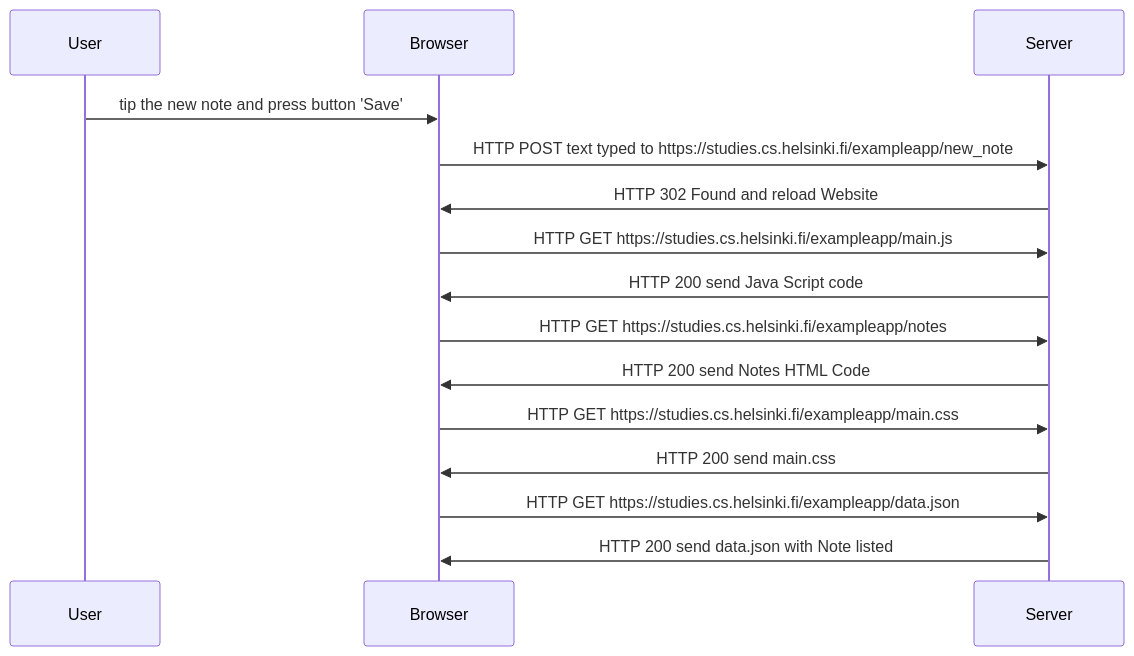
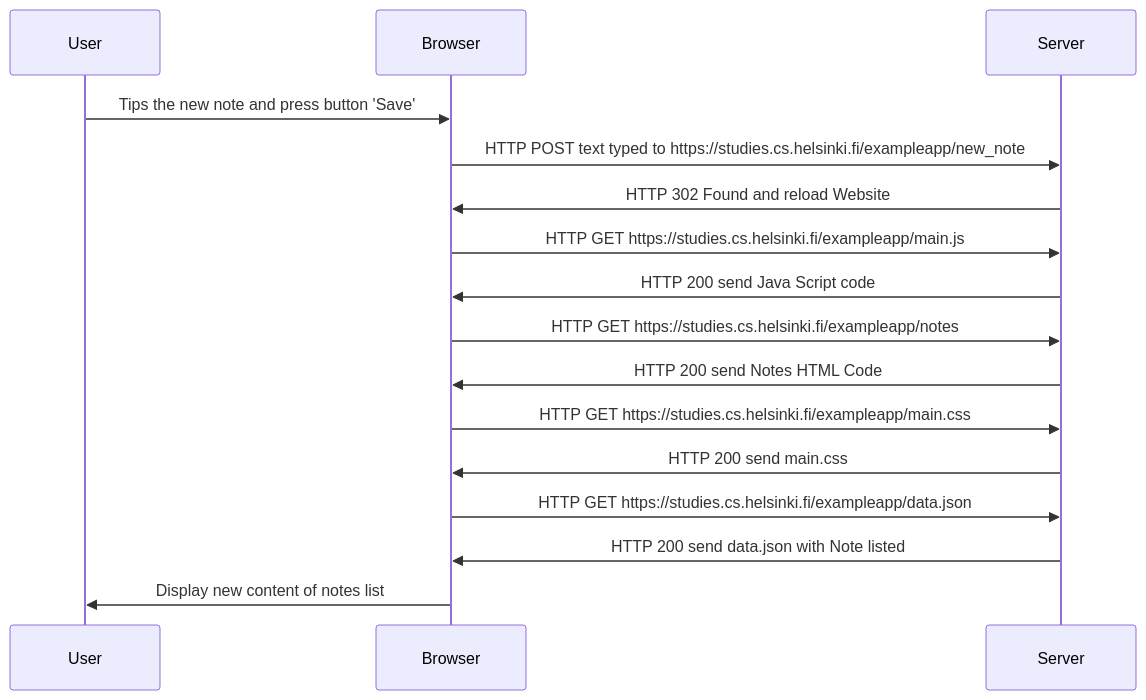
One commit to HaTeRMaNCo/fullstack changed the diagram in mermaid.md. Above: the diagram before and after it, drawn with Mermaid.

````diff
--- a/mermaid.md
+++ b/mermaid.md
@@ -1,17 +1,18 @@
 ```mermaid
 sequenceDiagram
     participant User
     participant Browser
     participant Server
-    User->>Browser: tip the new note and press button 'Save'
+    User->>Browser: Tips the new note and press button 'Save'
     Browser->>Server: HTTP POST text typed to https://studies.cs.helsinki.fi/exampleapp/new_note
     Server->>Browser: HTTP 302 Found and reload Website
     Browser->>Server: HTTP GET https://studies.cs.helsinki.fi/exampleapp/main.js
     Server->>Browser: HTTP 200 send Java Script code
     Browser->>Server: HTTP GET https://studies.cs.helsinki.fi/exampleapp/notes
     Server->>Browser: HTTP 200 send Notes HTML Code
     Browser->>Server: HTTP GET https://studies.cs.helsinki.fi/exampleapp/main.css
     Server->>Browser: HTTP 200 send main.css
     Browser->>Server: HTTP GET https://studies.cs.helsinki.fi/exampleapp/data.json
     Server->>Browser: HTTP 200 send data.json with Note listed
+    Browser->>User: Display new content of notes list
 ```
````
